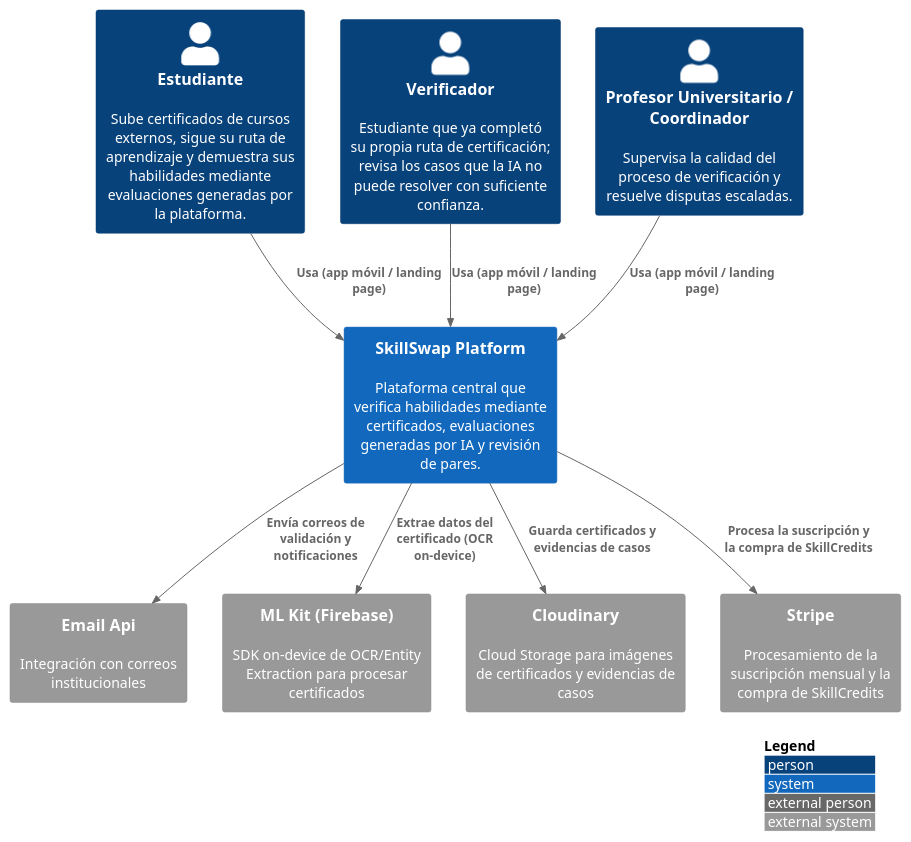
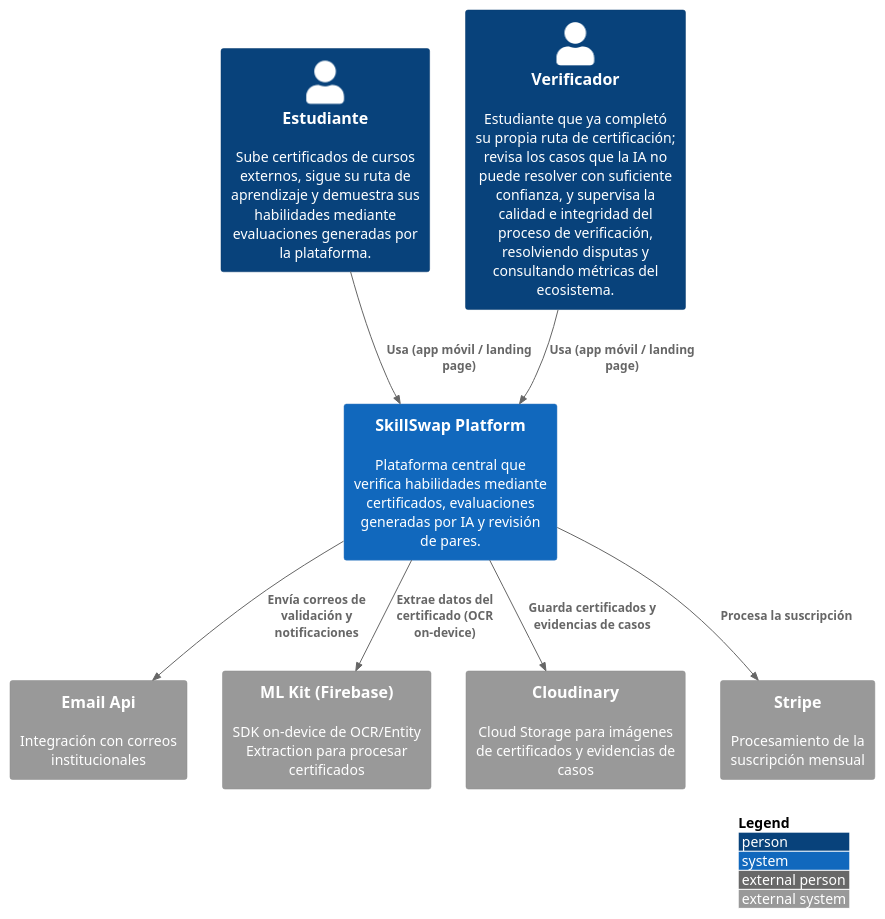
One commit to Aplicaciones-Dispositivos-Moviles/SkillSwap-ProjectReport changed the diagram in DB&C4/System_Context_Diagram.puml. Above: the diagram before and after it, drawn with PlantUML. The commit also changed 20 other files, not shown here.

Commit message:
docs: modify C4 architecture diagrams per professor request

```diff
--- a/DB&C4/System_Context_Diagram.puml
+++ b/DB&C4/System_Context_Diagram.puml
@@ -1,26 +1,24 @@
 @startuml SkillSwapSystemContext
 !include https://raw.githubusercontent.com/plantuml-stdlib/C4-PlantUML/master/C4_Context.puml
 
 LAYOUT_WITH_LEGEND()
 
 Person(student, "Estudiante", "Sube certificados de cursos externos, sigue su ruta de aprendizaje y demuestra sus habilidades mediante evaluaciones generadas por la plataforma.")
-Person(verifier, "Verificador", "Estudiante que ya completó su propia ruta de certificación; revisa los casos que la IA no puede resolver con suficiente confianza.")
-Person(professor, "Profesor Universitario / Coordinador", "Supervisa la calidad del proceso de verificación y resuelve disputas escaladas.")
+Person(verifier, "Verificador", "Estudiante que ya completó su propia ruta de certificación; revisa los casos que la IA no puede resolver con suficiente confianza, y supervisa la calidad e integridad del proceso de verificación, resolviendo disputas y consultando métricas del ecosistema.")
 
 System(skillSwapSystem, "SkillSwap Platform", "Plataforma central que verifica habilidades mediante certificados, evaluaciones generadas por IA y revisión de pares.")
 
 System_Ext(emailService, "Email Api", "Integración con correos institucionales")
 System_Ext(mlKitService, "ML Kit (Firebase)", "SDK on-device de OCR/Entity Extraction para procesar certificados")
 System_Ext(cloudStorage, "Cloudinary", "Cloud Storage para imágenes de certificados y evidencias de casos")
-System_Ext(stripeApi, "Stripe", "Procesamiento de la suscripción mensual y la compra de SkillCredits")
+System_Ext(stripeApi, "Stripe", "Procesamiento de la suscripción mensual")
 
 Rel(student, skillSwapSystem, "Usa (app móvil / landing page)")
 Rel(verifier, skillSwapSystem, "Usa (app móvil / landing page)")
-Rel(professor, skillSwapSystem, "Usa (app móvil / landing page)")
 
 Rel(skillSwapSystem, emailService, "Envía correos de validación y notificaciones")
 Rel(skillSwapSystem, mlKitService, "Extrae datos del certificado (OCR on-device)")
 Rel(skillSwapSystem, cloudStorage, "Guarda certificados y evidencias de casos")
-Rel(skillSwapSystem, stripeApi, "Procesa la suscripción y la compra de SkillCredits")
+Rel(skillSwapSystem, stripeApi, "Procesa la suscripción")
 
 @enduml
```
